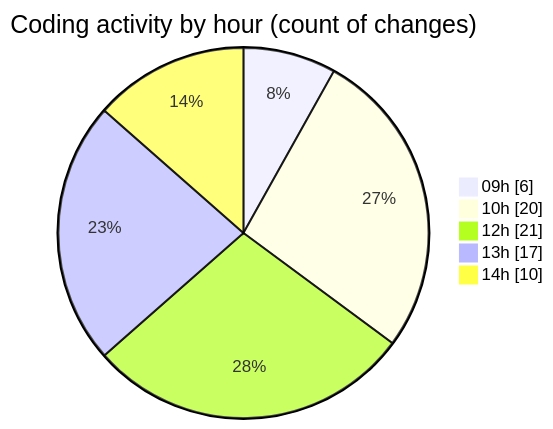
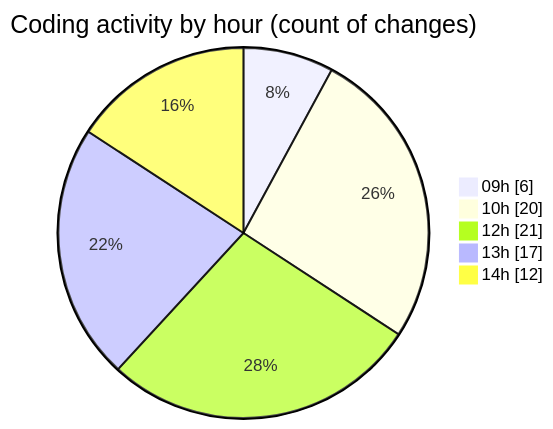
Before and after one commit to becaeroporto-bot/code-tracking: the second of 2 diagrams in 2026-02-18/bot_v1_2/README.md, drawn with Mermaid. The commit also changed other lines of this file and 1 other file, not shown here.

````diff
--- a/2026-02-18/bot_v1_2/README.md
+++ b/2026-02-18/bot_v1_2/README.md
@@ -55,9 +55,9 @@
 ```mermaid
 pie showData
 title Coding activity by hour (count of changes)
 "09h" : 6
 "10h" : 20
 "12h" : 21
 "13h" : 17
-"14h" : 10
+"14h" : 12
 ```
````
